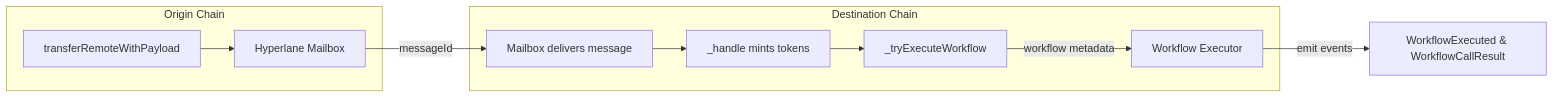
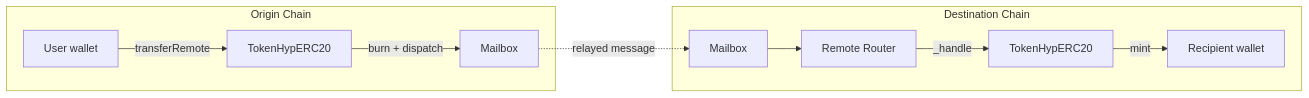
Before and after one commit to Kubistream/Kubi-Token-Contract: the diagram in readme_token.md, drawn with Mermaid. The commit also changed other lines of this file and 41 other files, not shown here.

````diff
--- a/readme_token.md
+++ b/readme_token.md
@@ -210,13 +147,13 @@
 ```mermaid
 flowchart LR
     subgraph Origin["Origin Chain"]
-        A[transferRemoteWithPayload] --> B[Hyperlane Mailbox]
+        U[User wallet] -->|transferRemote| T[TokenHypERC20]
+        T -->|burn + dispatch| M[Mailbox]
     end
     subgraph Destination["Destination Chain"]
-        C[Mailbox delivers message] --> D[_handle mints tokens]
-        D --> E[_tryExecuteWorkflow]
-        E -->|workflow metadata| F[Workflow Executor]
+        M2[Mailbox] --> R[Remote Router]
+        R -->|_handle| T2[TokenHypERC20]
+        T2 -->|mint| W[Recipient wallet]
     end
-    B -- messageId --> C
-    F -->|emit events| G[WorkflowExecuted & WorkflowCallResult]
+    M -. relayed message .-> M2
 ```
````
